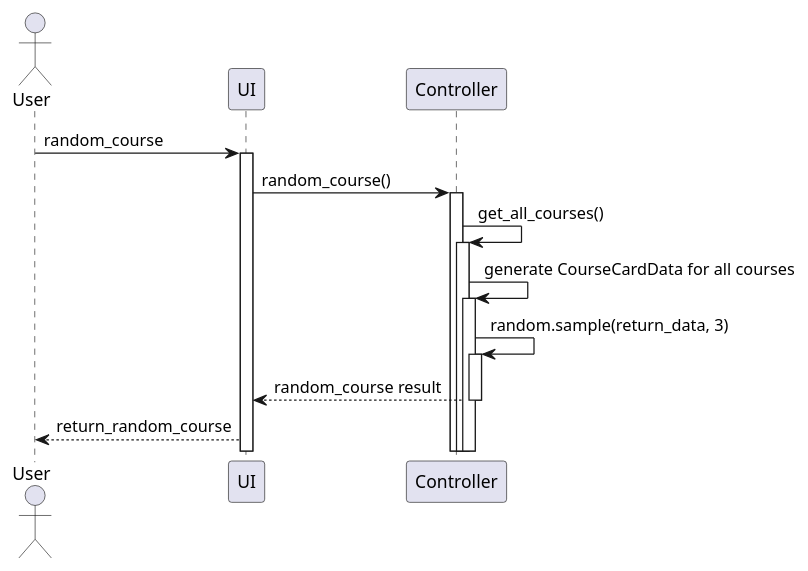
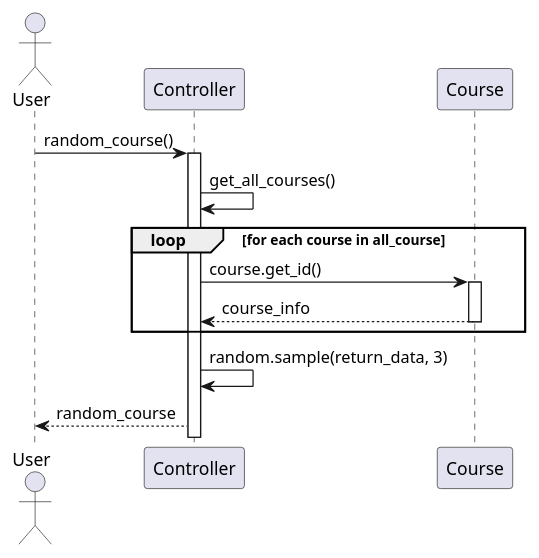
One commit to KMITLSuicide/KMITL-ObjectOrientedProgramming-Project changed the diagram in diagrams/plantuml/home_page(random_course).puml. Above: the diagram before and after it, drawn with PlantUML. The commit also changed 16 other files, not shown here.

```diff
--- a/diagrams/plantuml/home_page(random_course).puml
+++ b/diagrams/plantuml/home_page(random_course).puml
@@ -1,23 +1,26 @@
-@startuml Home Page
+@startuml
+
 actor User
+participant Controller
+participant Course
 
-participant "UI" as Server
-participant Controller
 
-User -> Server: random_course
-activate Server
+User -> Controller: random_course()
+activate Controller
 
-Server -> Controller: random_course()
-activate Controller
 Controller -> Controller: get_all_courses()
-activate Controller
-Controller -> Controller: generate CourseCardData for all courses
-activate Controller
+
+loop for each course in all_course
+    Controller -> Course: course.get_id()
+    activate Course
+    Course --> Controller: course_info
+    deactivate Course
+
+end
+
 Controller -> Controller: random.sample(return_data, 3)
-activate Controller
-Controller --> Server: random_course result
-deactivate Controller
 
-Server --> User: return_random_course 
+
+Controller --> User: random_course
 
 @enduml
```
